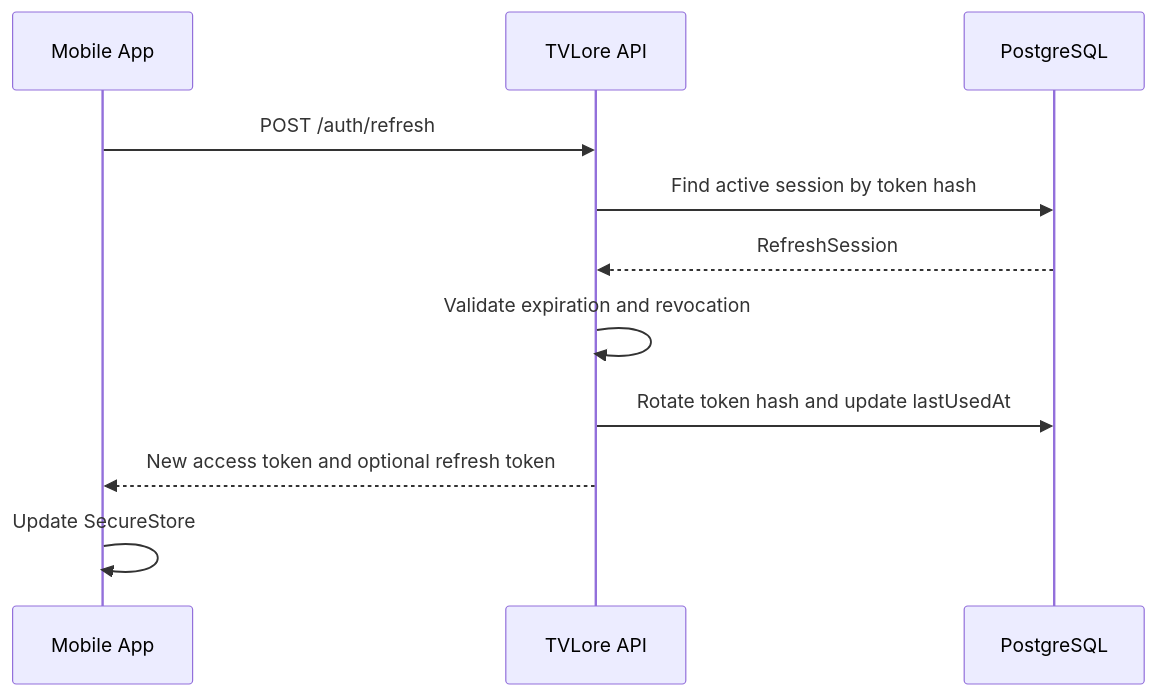
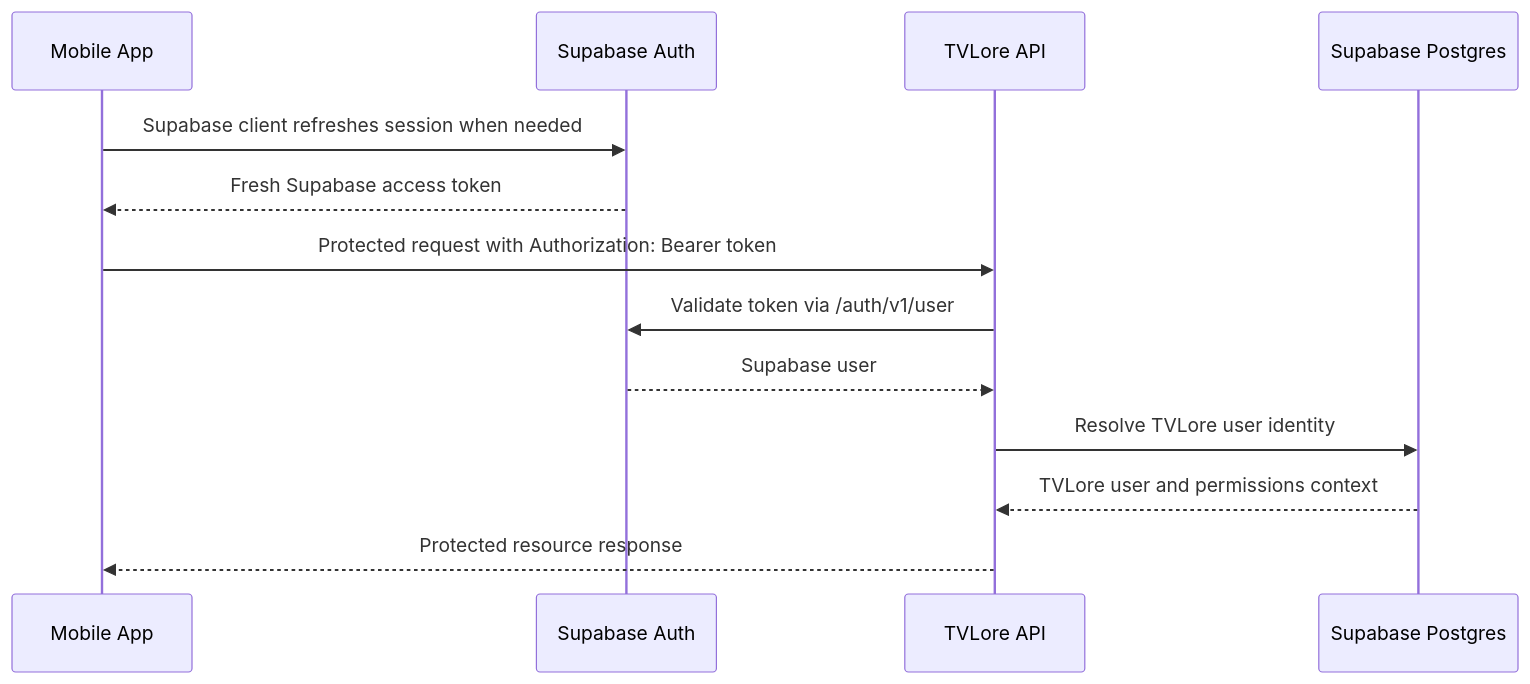
The fourth of 13 diagrams in docs/diagrams.md (luiskabal/tvlore), drawn with Mermaid before and after one commit. The commit also changed other lines of this file, not shown here.

Commit message:
docs: update architecture diagrams

````diff
--- a/docs/diagrams.md
+++ b/docs/diagrams.md
@@ -85,14 +94,16 @@
 ```mermaid
 sequenceDiagram
   participant M as Mobile App
+  participant S as Supabase Auth
   participant A as TVLore API
-  participant D as PostgreSQL
+  participant D as Supabase Postgres
 
-  M->>A: POST /auth/refresh
-  A->>D: Find active session by token hash
-  D-->>A: RefreshSession
-  A->>A: Validate expiration and revocation
-  A->>D: Rotate token hash and update lastUsedAt
-  A-->>M: New access token and optional refresh token
-  M->>M: Update SecureStore
+  M->>S: Supabase client refreshes session when needed
+  S-->>M: Fresh Supabase access token
+  M->>A: Protected request with Authorization: Bearer token
+  A->>S: Validate token via /auth/v1/user
+  S-->>A: Supabase user
+  A->>D: Resolve TVLore user identity
+  D-->>A: TVLore user and permissions context
+  A-->>M: Protected resource response
 ```
````
